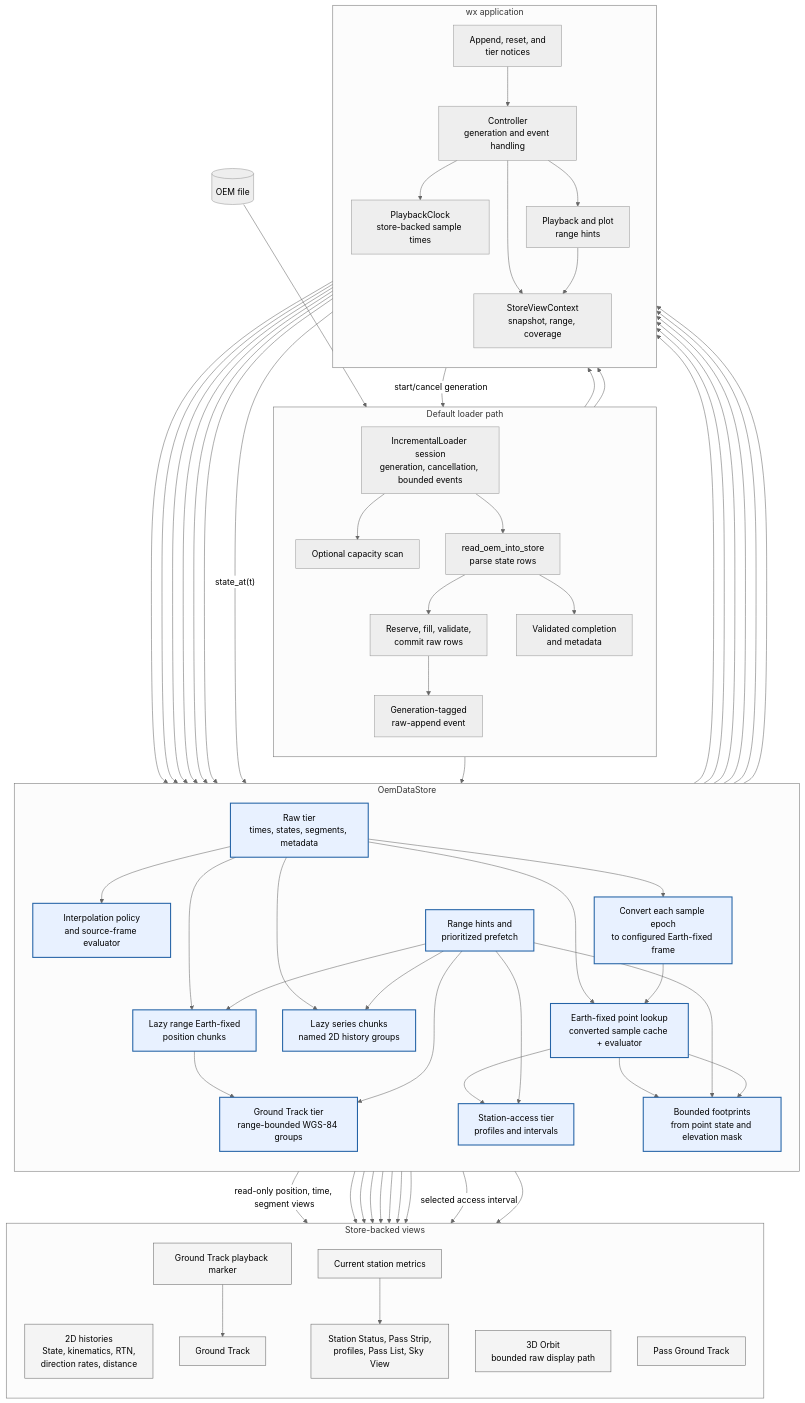
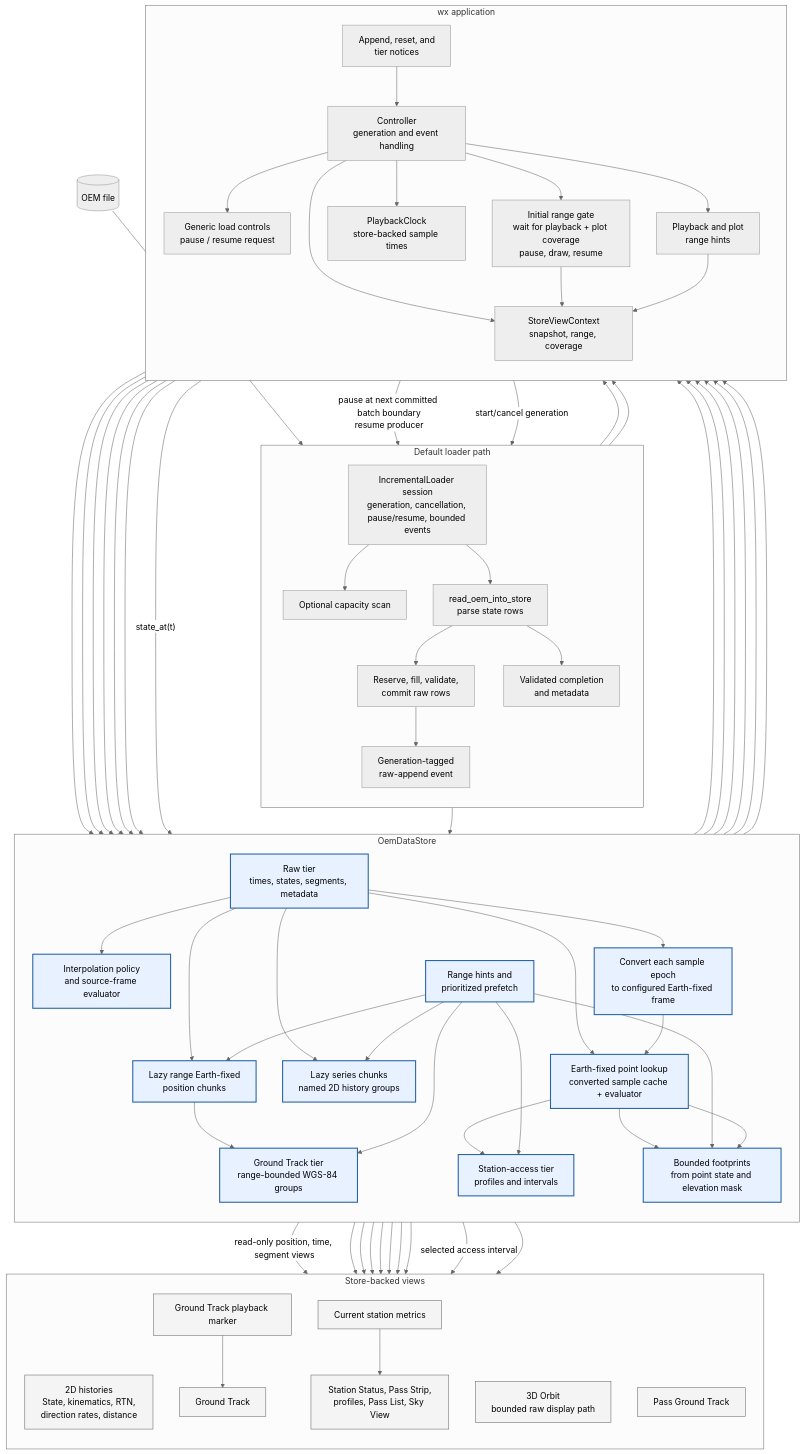
One commit to jeongyunl/ephem-toolkit changed the diagram in docs/architecture/play-oem/PLAY_OEM_DATAFLOW.mmd. Above: the diagram before and after it, drawn with Mermaid (neutral theme). The commit also changed 23 other files, not shown here.

Commit message:
Pauses loading once the requested playback and plot data is available, draws the initial graphs, then resumes loading

```diff
--- a/docs/architecture/play-oem/PLAY_OEM_DATAFLOW.mmd
+++ b/docs/architecture/play-oem/PLAY_OEM_DATAFLOW.mmd
@@ -1,107 +1,113 @@
 flowchart TD
     FILE[("OEM file")]
 
     subgraph WORKER["Default loader path"]
         direction TB
-        SESSION["IncrementalLoader session<br/>generation, cancellation, bounded events"]
+        SESSION["IncrementalLoader session<br/>generation, cancellation, pause/resume, bounded events"]
         CAPACITY["Optional capacity scan"]
         PARSE["read_oem_into_store<br/>parse state rows"]
         COMMIT["Reserve, fill, validate,<br/>commit raw rows"]
         RAW_EVENT["Generation-tagged<br/>raw-append event"]
         COMPLETE["Validated completion<br/>and metadata"]
         SESSION --> CAPACITY
         SESSION --> PARSE
         PARSE --> COMMIT
         COMMIT --> RAW_EVENT
         PARSE --> COMPLETE
     end
 
     subgraph STORE["OemDataStore"]
         direction TB
         RAW["Raw tier<br/>times, states, segments, metadata"]
         POLICY["Interpolation policy<br/>and source-frame evaluator"]
         FIXED_STATE["Earth-fixed point lookup<br/>converted sample cache + evaluator"]
         CONVERT["Convert each sample epoch<br/>to configured Earth-fixed frame"]
         SERIES["Lazy series chunks<br/>named 2D history groups"]
         EARTH_FIXED["Lazy range Earth-fixed<br/>position chunks"]
         GROUND_TRACK["Ground Track tier<br/>range-bounded WGS-84 groups"]
         ACCESS["Station-access tier<br/>profiles and intervals"]
         FOOTPRINT["Bounded footprints<br/>from point state and elevation mask"]
         SCHEDULER["Range hints and<br/>prioritized prefetch"]
         RAW --> POLICY
         RAW --> FIXED_STATE
         RAW --> CONVERT
         CONVERT --> FIXED_STATE
         RAW --> SERIES
         RAW --> EARTH_FIXED
         EARTH_FIXED --> GROUND_TRACK
         FIXED_STATE --> ACCESS
         FIXED_STATE --> FOOTPRINT
         SCHEDULER --> SERIES
         SCHEDULER --> EARTH_FIXED
         SCHEDULER --> GROUND_TRACK
         SCHEDULER --> ACCESS
         SCHEDULER --> FOOTPRINT
     end
 
     subgraph APP["wx application"]
         direction TB
         CONTROLLER["Controller<br/>generation and event handling"]
+        LOAD_CONTROL["Generic load controls<br/>pause / resume request"]
+        INITIAL_PLOT["Initial range gate<br/>wait for playback + plot coverage<br/>pause, draw, resume"]
         CONTEXT["StoreViewContext<br/>snapshot, range, coverage"]
         CLOCK["PlaybackClock<br/>store-backed sample times"]
         RANGE["Playback and plot<br/>range hints"]
         TIER_NOTICE["Append, reset, and<br/>tier notices"]
         CONTROLLER --> CONTEXT
+        CONTROLLER --> LOAD_CONTROL
+        LOAD_CONTROL -->|"pause at next committed batch boundary<br/>resume producer"| SESSION
+        CONTROLLER --> INITIAL_PLOT
         CONTROLLER --> CLOCK
         CONTROLLER --> RANGE
         CONTROLLER -->|"start/cancel generation"| SESSION
         RAW --> TIER_NOTICE
         SERIES --> TIER_NOTICE
         EARTH_FIXED --> TIER_NOTICE
         GROUND_TRACK --> TIER_NOTICE
         ACCESS --> TIER_NOTICE
         FOOTPRINT --> TIER_NOTICE
         TIER_NOTICE --> CONTROLLER
     end
 
     subgraph VIEWS["Store-backed views"]
         direction TB
         HISTORIES["2D histories<br/>State, kinematics, RTN,<br/>direction rates, distance"]
         TRAJECTORY["3D Orbit<br/>bounded raw display path"]
         TRACK_VIEW["Ground Track"]
         STATION_VIEWS["Station Status, Pass Strip,<br/>profiles, Pass List, Sky View"]
         PASS_TRACK["Pass Ground Track"]
         CURRENT_METRICS["Current station metrics"]
         MARKER["Ground Track playback marker"]
     end
 
     FILE --> CAPACITY
     COMMIT --> RAW
     RAW_EVENT --> CONTROLLER
+    INITIAL_PLOT --> CONTEXT
     COMPLETE --> CONTROLLER
     RANGE --> CONTEXT
     RANGE --> SCHEDULER
     CONTEXT --> SERIES
     CONTEXT --> GROUND_TRACK
     CONTEXT --> ACCESS
     CONTEXT --> FOOTPRINT
     CONTEXT --> RAW
     RAW -->|"read-only position, time, segment views"| TRAJECTORY
     CLOCK -->|"state_at(t)"| POLICY
     POLICY --> TRAJECTORY
     FIXED_STATE --> CURRENT_METRICS
     FIXED_STATE --> FOOTPRINT
     FIXED_STATE --> MARKER
     SERIES --> HISTORIES
     GROUND_TRACK --> TRACK_VIEW
     MARKER --> TRACK_VIEW
     GROUND_TRACK --> PASS_TRACK
     ACCESS --> STATION_VIEWS
     ACCESS -->|"selected access interval"| PASS_TRACK
     FOOTPRINT --> TRACK_VIEW
     CURRENT_METRICS --> STATION_VIEWS
 
     classDef store fill:#e8f1ff,stroke:#2463a6,stroke-width:2px
     classDef view fill:#f4f4f4,stroke:#666
     class RAW,POLICY,FIXED_STATE,CONVERT,SERIES,EARTH_FIXED,GROUND_TRACK,ACCESS,FOOTPRINT,SCHEDULER store
     class HISTORIES,TRAJECTORY,TRACK_VIEW,STATION_VIEWS,PASS_TRACK,CURRENT_METRICS,MARKER view
```
